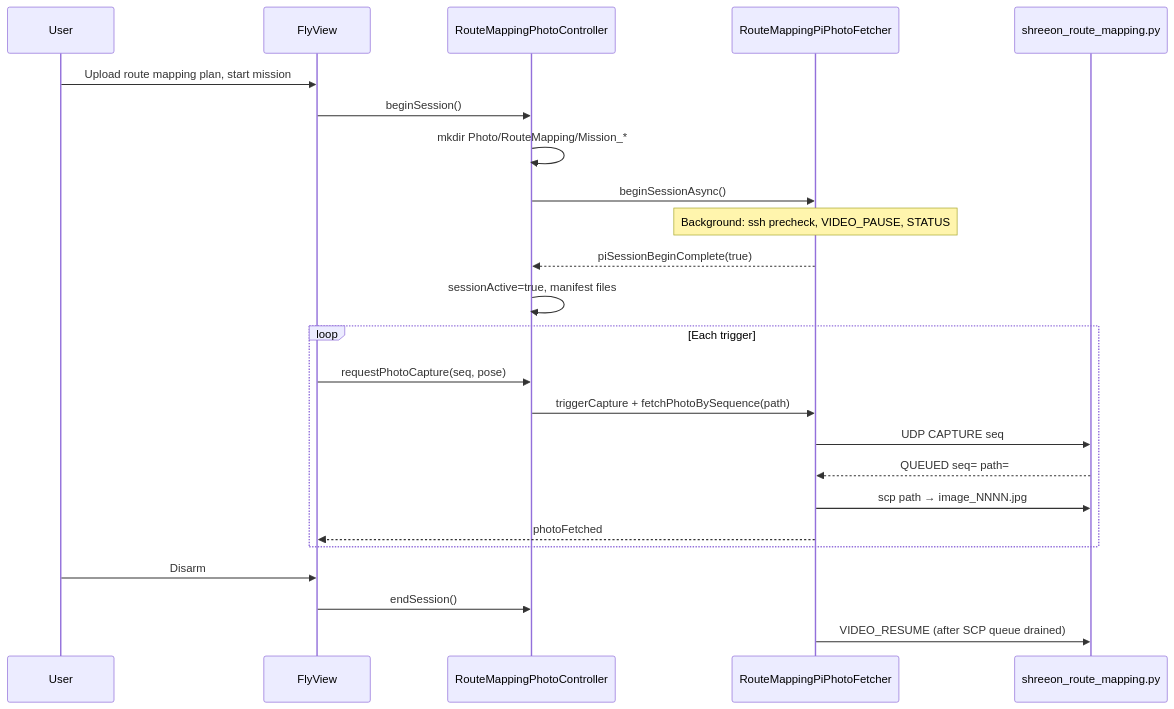
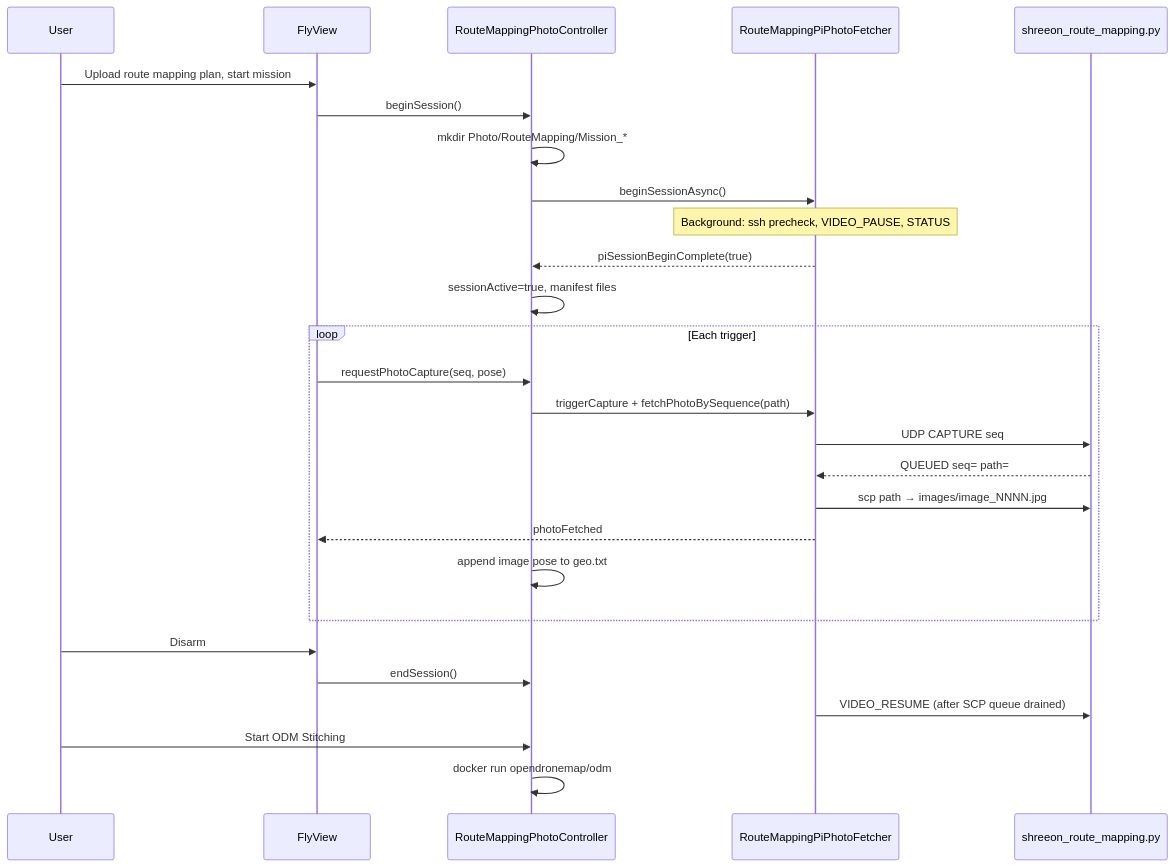
The diagram in docs/en/shreeon-route-mapping-implementation.md (Sahista-Bukhari/Shreeon_QGC_01_JUNE), drawn with Mermaid before and after one commit. The commit also changed other lines of this file and 122 other files, not shown here.

````diff
--- a/docs/en/shreeon-route-mapping-implementation.md
+++ b/docs/en/shreeon-route-mapping-implementation.md
@@ -260,29 +269,32 @@
 ```mermaid
 sequenceDiagram
     participant User
     participant Fly as FlyView
     participant GCS as RouteMappingPhotoController
     participant Fetch as RouteMappingPiPhotoFetcher
     participant Pi as shreeon_route_mapping.py
 
     User->>Fly: Upload route mapping plan, start mission
     Fly->>GCS: beginSession()
     GCS->>GCS: mkdir Photo/RouteMapping/Mission_*
     GCS->>Fetch: beginSessionAsync()
     Note over Fetch: Background: ssh precheck, VIDEO_PAUSE, STATUS
     Fetch-->>GCS: piSessionBeginComplete(true)
     GCS->>GCS: sessionActive=true, manifest files
 
     loop Each trigger
         Fly->>GCS: requestPhotoCapture(seq, pose)
         GCS->>Fetch: triggerCapture + fetchPhotoBySequence(path)
         Fetch->>Pi: UDP CAPTURE seq
         Pi-->>Fetch: QUEUED seq= path=
-        Fetch->>Pi: scp path → image_NNNN.jpg
+        Fetch->>Pi: scp path → images/image_NNNN.jpg
         Fetch-->>Fly: photoFetched
+        GCS->>GCS: append image pose to geo.txt
     end
 
     User->>Fly: Disarm
     Fly->>GCS: endSession()
     Fetch->>Pi: VIDEO_RESUME (after SCP queue drained)
+    User->>GCS: Start ODM Stitching
+    GCS->>GCS: docker run opendronemap/odm
 ```
````
